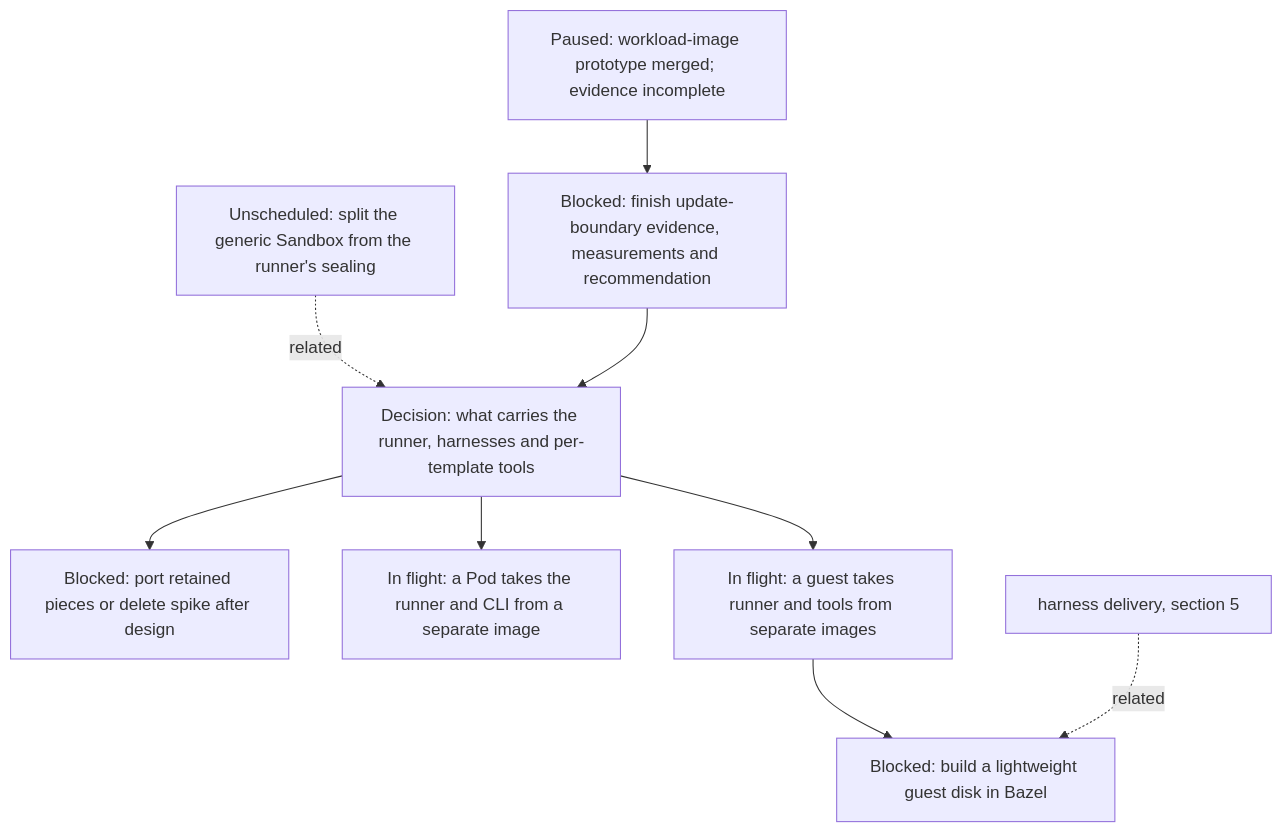
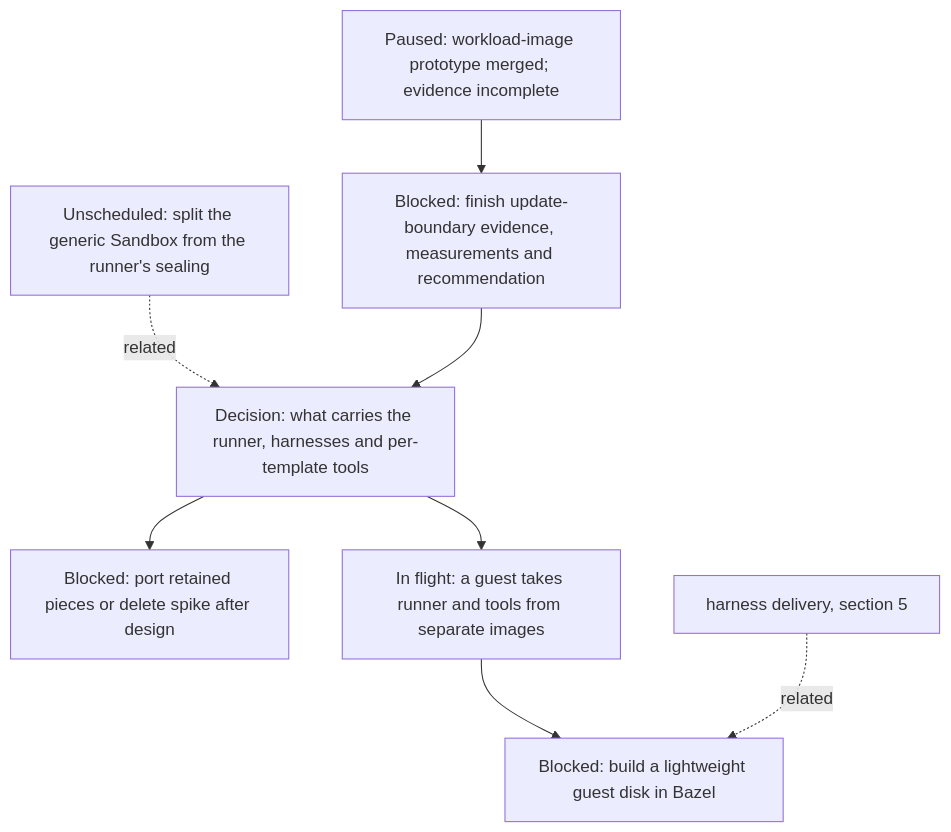
Before and after one commit to agentydragon-agent/ducktape: diagram 11 of 17 in agentplane/plans/task_dag.md, drawn with Mermaid. The commit also changed other lines of this file and 1 other file, not shown here.

First line of the commit message:
agentplane: finish the Pod runner layering node (#11298)

````diff
--- a/agentplane/plans/task_dag.md
+++ b/agentplane/plans/task_dag.md
@@ -1317,16 +1317,15 @@
 ```mermaid
 flowchart TD
     SANDBOX_GENERIC_SPLIT[Unscheduled: split the generic Sandbox from the runner's sealing]
     RUNNER_IMAGE_LAYERING_DESIGN[Decision: what carries the runner, harnesses and per-template tools]
     RUNNER_LAYERING_SPIKE[Paused: workload-image prototype merged; evidence incomplete]
     RUNNER_LAYERING_SPIKE_EXIT[Blocked: finish update-boundary evidence, measurements and recommendation]
     RUNNER_LAYERING_SPIKE_RETIRE[Blocked: port retained pieces or delete spike after design]
     SANDBOX_GENERIC_SPLIT -. related .-> RUNNER_IMAGE_LAYERING_DESIGN
     RUNNER_LAYERING_SPIKE --> RUNNER_LAYERING_SPIKE_EXIT
     RUNNER_LAYERING_SPIKE_EXIT --> RUNNER_IMAGE_LAYERING_DESIGN
     RUNNER_IMAGE_LAYERING_DESIGN --> RUNNER_LAYERING_SPIKE_RETIRE
-    RUNNER_IMAGE_LAYERING_DESIGN --> RUNNER_LAYERING_POD[In flight: a Pod takes the runner and CLI from a separate image]
     RUNNER_IMAGE_LAYERING_DESIGN --> RUNNER_LAYERING_VM[In flight: a guest takes runner and tools from separate images]
     RUNNER_LAYERING_VM --> K3S_VM_IMAGE[Blocked: build a lightweight guest disk in Bazel]
     RUNNER_HARNESS_DELIVERY_DESIGN[harness delivery, section 5] -. related .-> K3S_VM_IMAGE
 ```
````
